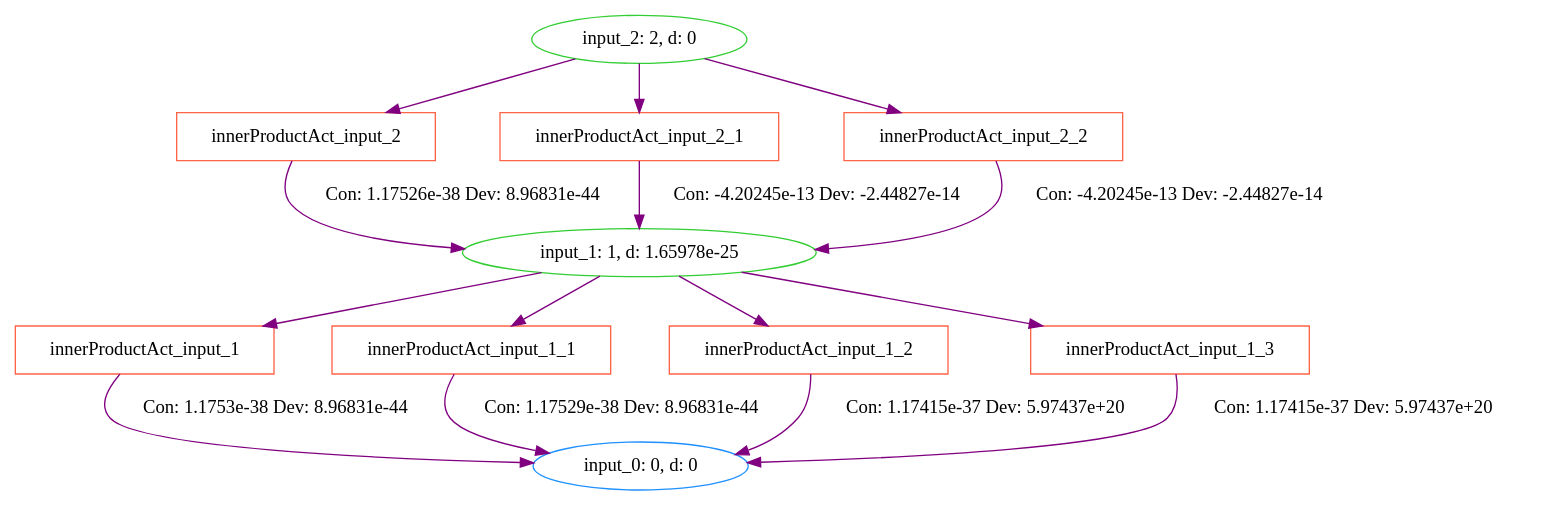
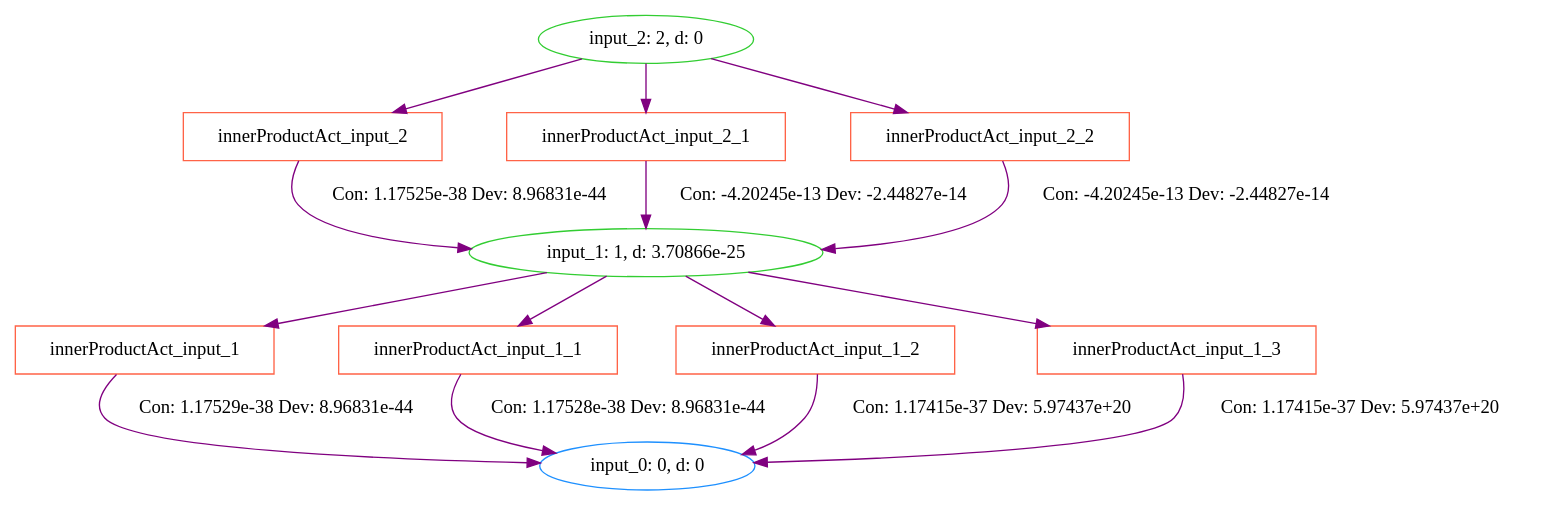
The diagram in data/iris/cprov/test2.dot (milliondegree/PXAI), drawn with Graphviz before and after one commit. The commit also changed 11 other files, not shown here.

```diff
--- a/data/iris/cprov/test2.dot
+++ b/data/iris/cprov/test2.dot
@@ -1,40 +1,40 @@
 digraph G {
 0 [label="input_0: 0, d: 0", shape=oval, color=dodgerblue];
-1 [label="input_1: 1, d: 1.65978e-25", shape=oval, color=limegreen];
+1 [label="input_1: 1, d: 3.70866e-25", shape=oval, color=limegreen];
 2 [label="innerProductAct_input_1", shape=box, color=tomato];
 3 [label="innerProductAct_input_1_1", shape=box, color=tomato];
 4 [label="innerProductAct_input_1_2", shape=box, color=tomato];
 5 [label="innerProductAct_input_1_3", shape=box, color=tomato];
 6 [label="input_2: 2, d: 0", shape=oval, color=limegreen];
 7 [label="innerProductAct_input_2", shape=box, color=tomato];
 8 [label="innerProductAct_input_2_1", shape=box, color=tomato];
 9 [label="innerProductAct_input_2_2", shape=box, color=tomato];
 1->2  [color=purple]
  [label=""];
 2->0  [color=purple]
- [label="Con: 1.1753e-38 Dev: 8.96831e-44"];
+ [label="Con: 1.17529e-38 Dev: 8.96831e-44"];
 1->3  [color=purple]
  [label=""];
 3->0  [color=purple]
- [label="Con: 1.17529e-38 Dev: 8.96831e-44"];
+ [label="Con: 1.17528e-38 Dev: 8.96831e-44"];
 1->4  [color=purple]
  [label=""];
 4->0  [color=purple]
  [label="Con: 1.17415e-37 Dev: 5.97437e+20"];
 1->5  [color=purple]
  [label=""];
 5->0  [color=purple]
  [label="Con: 1.17415e-37 Dev: 5.97437e+20"];
 6->7  [color=purple]
  [label=""];
 7->1  [color=purple]
- [label="Con: 1.17526e-38 Dev: 8.96831e-44"];
+ [label="Con: 1.17525e-38 Dev: 8.96831e-44"];
 6->8  [color=purple]
  [label=""];
 8->1  [color=purple]
  [label="Con: -4.20245e-13 Dev: -2.44827e-14"];
 6->9  [color=purple]
  [label=""];
 9->1  [color=purple]
  [label="Con: -4.20245e-13 Dev: -2.44827e-14"];
 }
```
